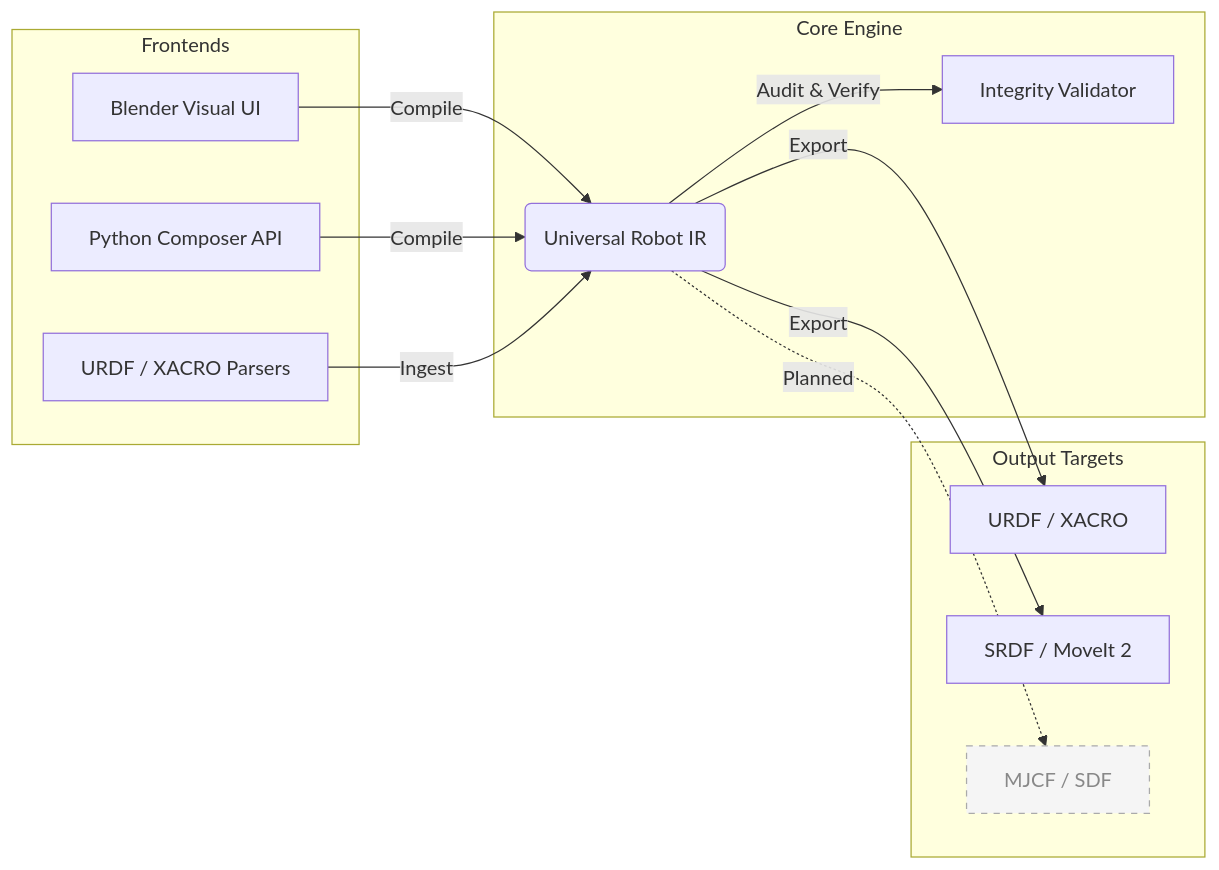
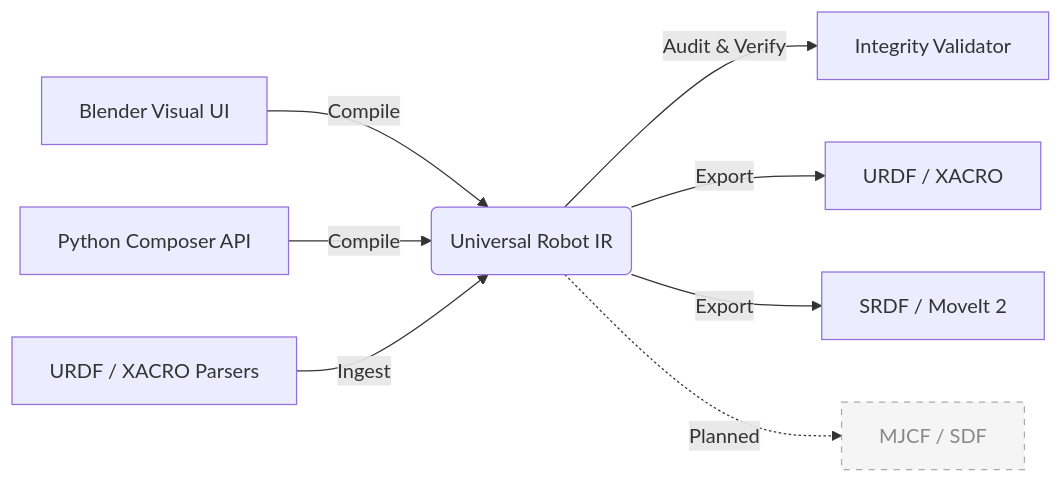
Before and after one commit to arounamounchili/linkforge: the diagram in docs/source/index.md, drawn with Mermaid.

Commit message:
docs: simplify mermaid diagram for more compact rendering on landing page

````diff
--- a/docs/source/index.md
+++ b/docs/source/index.md
@@ -9,29 +9,14 @@
 ```{mermaid}
 graph LR
-    subgraph Frontends["Frontends"]
-        UI["Blender Visual UI"]
-        API["Python Composer API"]
-        CAD["URDF / XACRO Parsers"]
-    end
+    UI["Blender Visual UI"] -->|Compile| IR("Universal Robot IR")
+    API["Python Composer API"] -->|Compile| IR
+    CAD["URDF / XACRO Parsers"] -->|Ingest| IR
 
-    subgraph Core["Core Engine"]
-        IR("Universal Robot IR")
-        Val["Integrity Validator"]
-        IR -->|Audit & Verify| Val
-    end
+    IR -->|Audit & Verify| Val["Integrity Validator"]
 
-    subgraph Targets["Output Targets"]
-        URDF["URDF / XACRO"]
-        SRDF["SRDF / MoveIt 2"]
-        Future["MJCF / SDF"]
-    end
-
-    UI -->|Compile| IR
-    API -->|Compile| IR
-    CAD -->|Ingest| IR
-    IR -->|Export| URDF
-    IR -->|Export| SRDF
-    IR -.->|Planned| Future
+    IR -->|Export| URDF["URDF / XACRO"]
+    IR -->|Export| SRDF["SRDF / MoveIt 2"]
+    IR -.->|Planned| Future["MJCF / SDF"]
 
     style Future fill:#f5f5f5,stroke:#aaa,stroke-dasharray:5,color:#888
 ```
````
